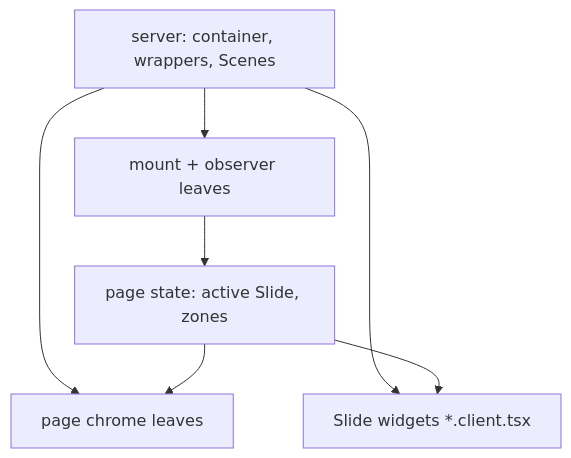
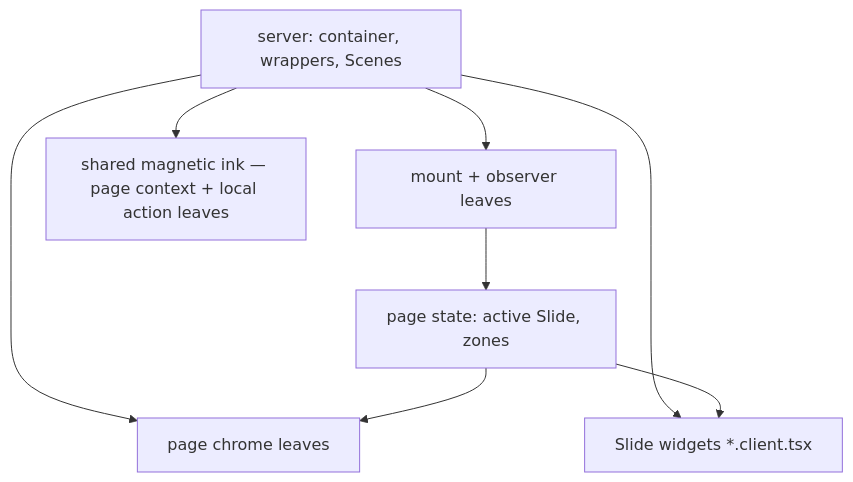
Before and after one commit to hancrafted/content-library: the fifth of 5 diagrams in .archgate/adrs/FE-004-slide-architecture.md, drawn with Mermaid. The commit also changed other lines of this file and 27 other files, not shown here.

First line of the commit message:
feat(ink): share magnetic action effects across browsing surfaces

````diff
--- a/.archgate/adrs/FE-004-slide-architecture.md
+++ b/.archgate/adrs/FE-004-slide-architecture.md
@@ -97,9 +97,10 @@
 ```mermaid
 flowchart TD
   S["server: container, wrappers, Scenes"] --> M["mount + observer leaves"]
   S --> X["Slide widgets *.client.tsx"]
   S --> CL["page chrome leaves"]
   M --> ST["page state: active Slide, zones"]
   ST --> CL
   ST --> X
+  S --> IP["shared magnetic ink — page context + local action leaves"]
 ```
````
